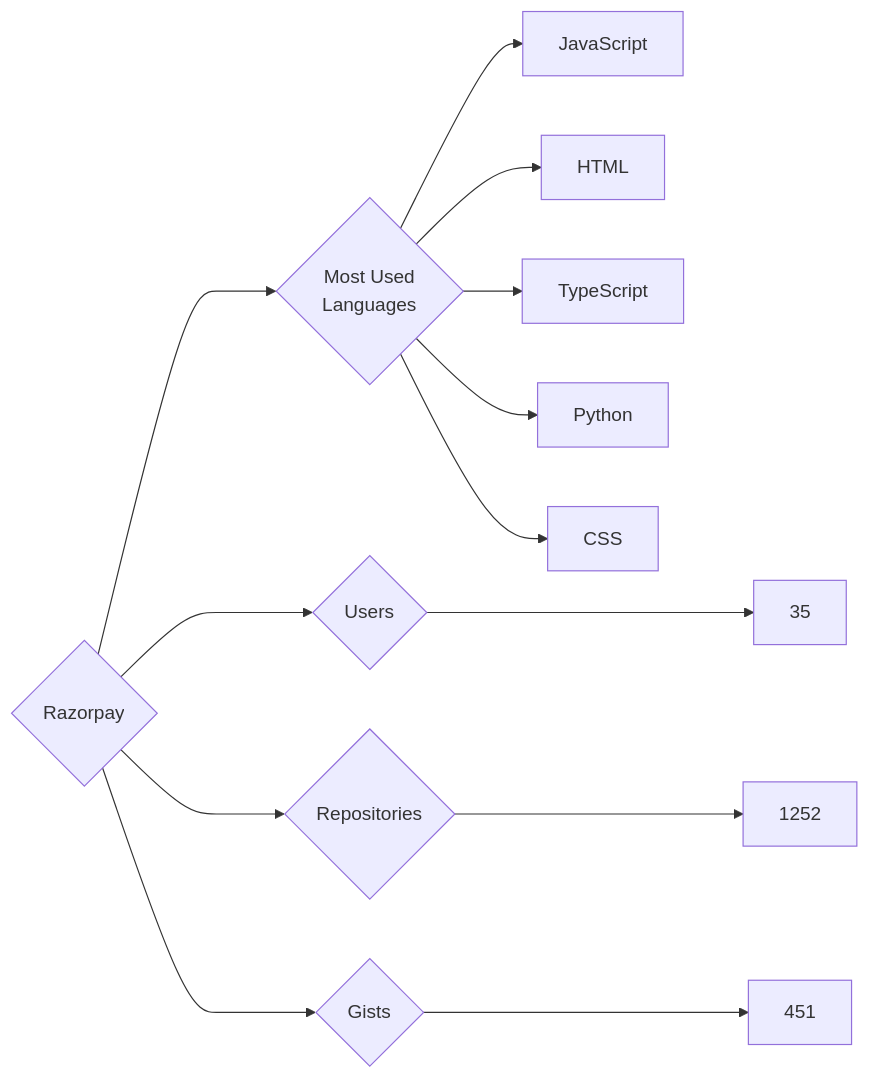
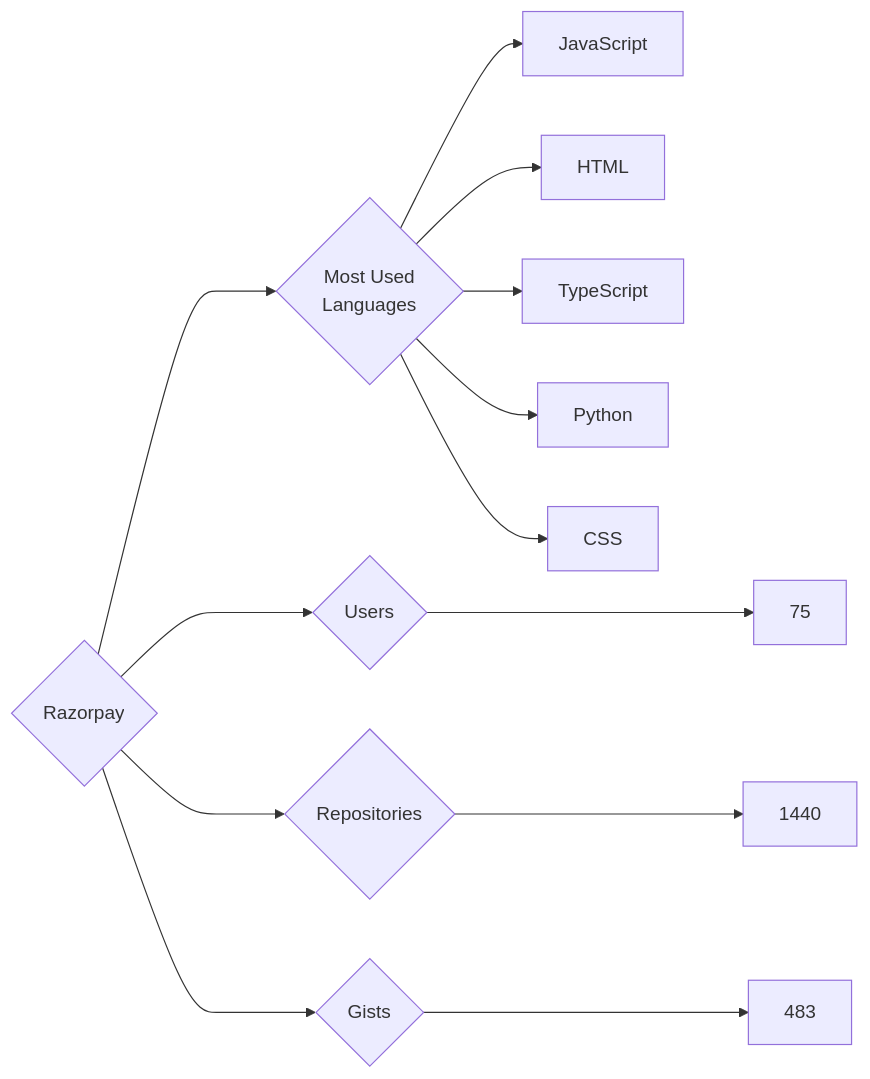
The diagram in targets/Razorpay/README.md (trickest/insiders), drawn with Mermaid before and after one commit. The commit also changed 976 other files, not shown here.

````diff
--- a/targets/Razorpay/README.md
+++ b/targets/Razorpay/README.md
@@ -3,13 +3,13 @@
 ```mermaid
 graph LR
 COMPANY_NAME{Razorpay}
-COMPANY_NAME ---> U{Users} ---> UN[35]
-COMPANY_NAME ---> R{Repositories} ---> RN[1252]
-COMPANY_NAME ---> G{Gists} ---> GN[451]
+COMPANY_NAME ---> U{Users} ---> UN[75]
+COMPANY_NAME ---> R{Repositories} ---> RN[1440]
+COMPANY_NAME ---> G{Gists} ---> GN[483]
 COMPANY_NAME ---> ML{Most Used<br>Languages}
 ML --> JavaScript[JavaScript]
 ML --> HTML[HTML]
 ML --> TypeScript[TypeScript]
 ML --> Python[Python]
 ML --> CSS[CSS]
 ```
````
